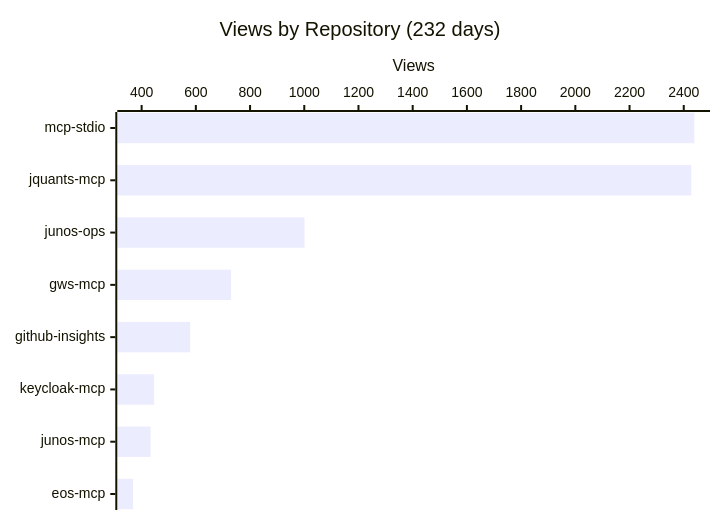
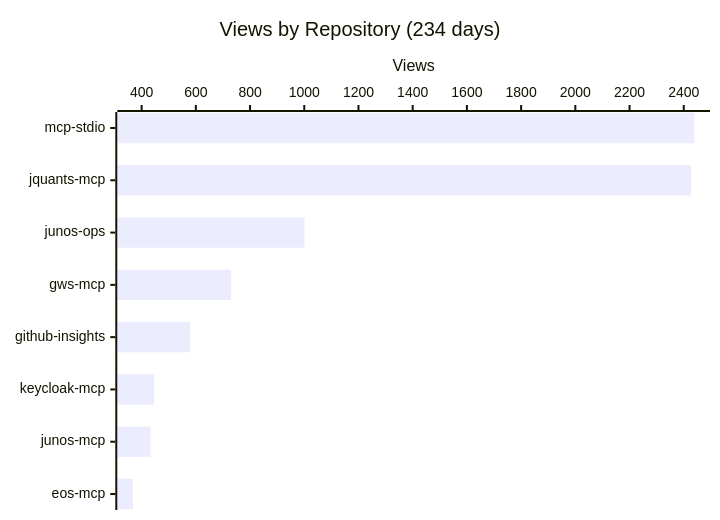
One commit to shigechika/github-insights changed the first of 4 diagrams in README.md. Above: the diagram before and after it, drawn with Mermaid. The commit also changed other lines of this file and 1 other file, not shown here.

````diff
--- a/README.md
+++ b/README.md
@@ -18,7 +18,7 @@
 ```mermaid
 xychart-beta horizontal
-    title "Views by Repository (232 days)"
+    title "Views by Repository (234 days)"
     x-axis ["mcp-stdio", "jquants-mcp", "junos-ops", "gws-mcp", "github-insights", "keycloak-mcp", "junos-mcp", "eos-mcp"]
     y-axis "Views"
     bar [2439, 2428, 1001, 730, 579, 446, 433, 368]
 ```
````
